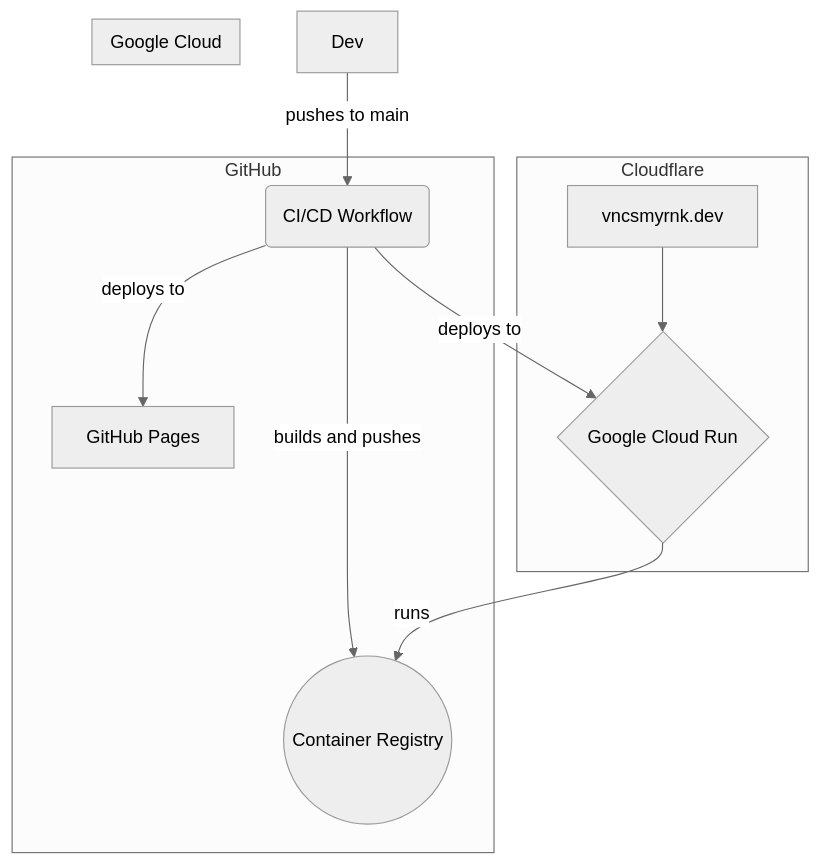
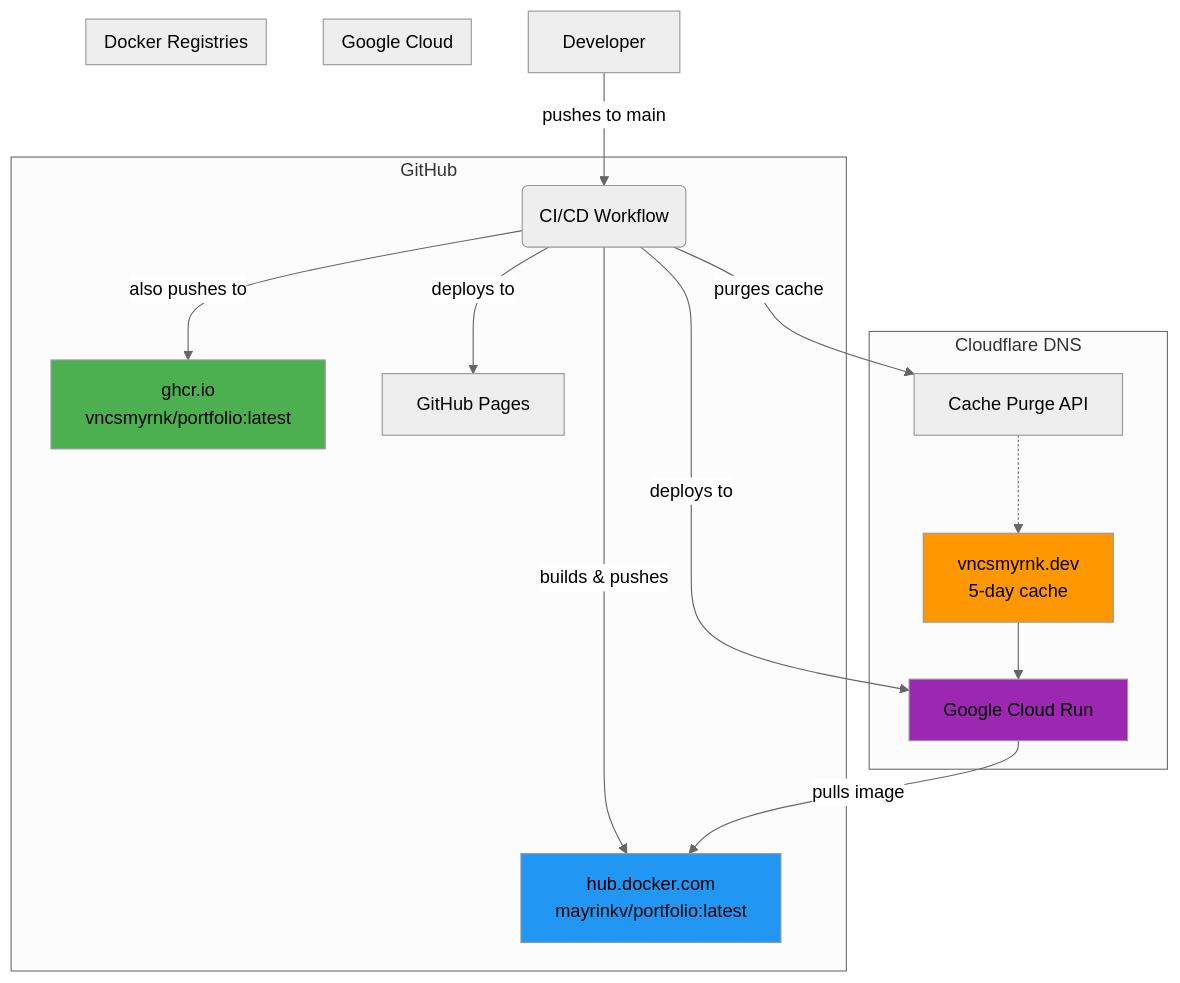
The diagram in README.md (vncsmyrnk/portfolio), drawn with Mermaid (neutral theme) before and after one commit.

Commit message:
fix(README): completes architecture diagram
Adds docker image repositories and cloudflare cache layer.

````diff
--- a/README.md
+++ b/README.md
@@ -17,18 +17,31 @@
 ```mermaid
 graph TD
-    subgraph "Cloudflare"
-        A[vncsmyrnk.dev] --> B{Google Cloud Run};
+    subgraph "Cloudflare DNS"
+        A[vncsmyrnk.dev<br/>5-day cache] --> B[Google Cloud Run];
+        G[Cache Purge API] -.-> A;
     end
 
     subgraph "GitHub"
-        C(CI/CD Workflow) -- deploys to --> B;
-        C -- builds and pushes --> D((Container Registry));
-        C -- deploys to --> E[GitHub Pages];
+        C(CI/CD Workflow) --> |"deploys to"| B;
+        C --> |"builds & pushes"| D[hub.docker.com<br/>mayrinkv/portfolio:latest];
+        C --> |"also pushes to"| H[ghcr.io<br/>vncsmyrnk/portfolio:latest];
+        C --> |"deploys to"| E[GitHub Pages];
+        C --> |"purges cache"| G;
     end
 
     subgraph "Google Cloud"
-        B -- runs --> D;
+        B --> |"pulls image"| D;
     end
 
-    F[Dev] -- pushes to main --> C;
+    subgraph "Docker Registries"
+        D;
+        H;
+    end
+
+    F[Developer] --> |"pushes to main"| C;
+    
+    style A fill:#ff9800
+    style D fill:#2196f3
+    style H fill:#4caf50
+    style B fill:#9c27b0
 ```
````
